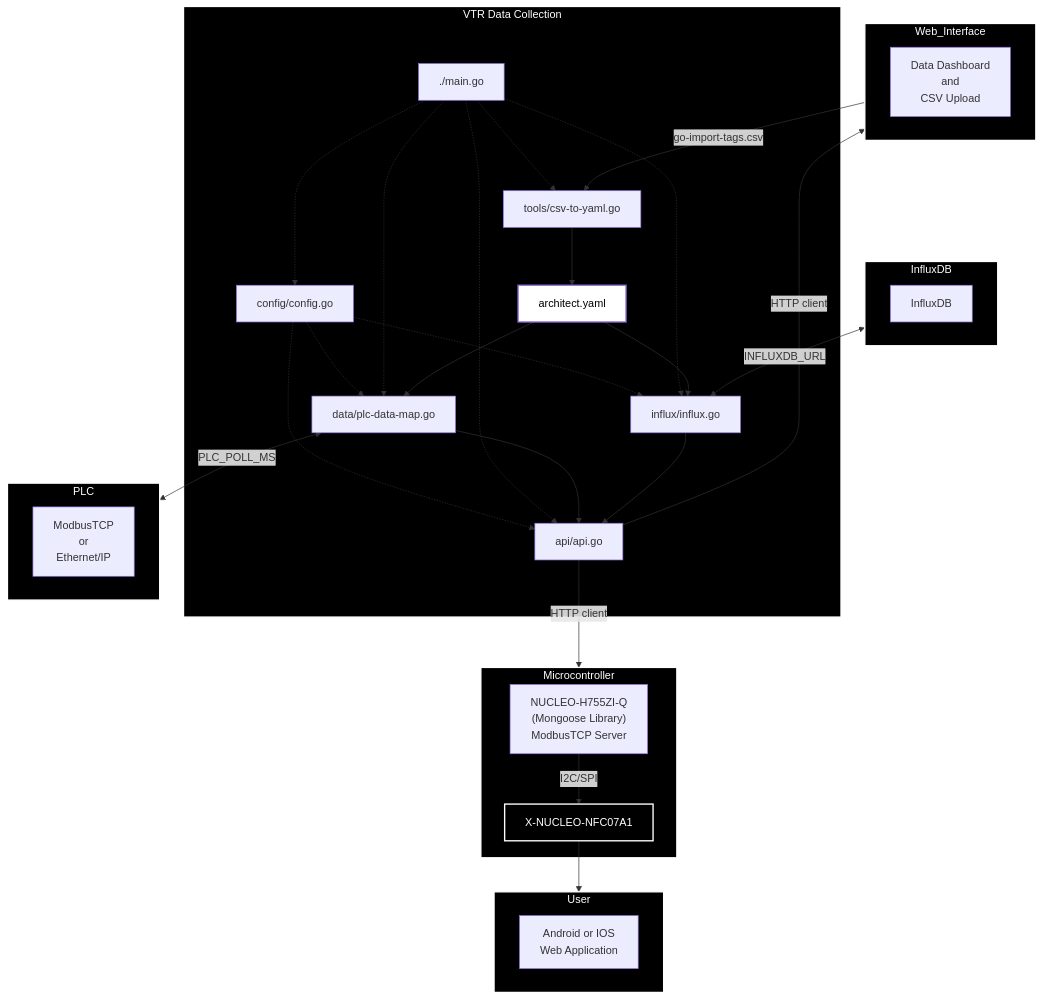
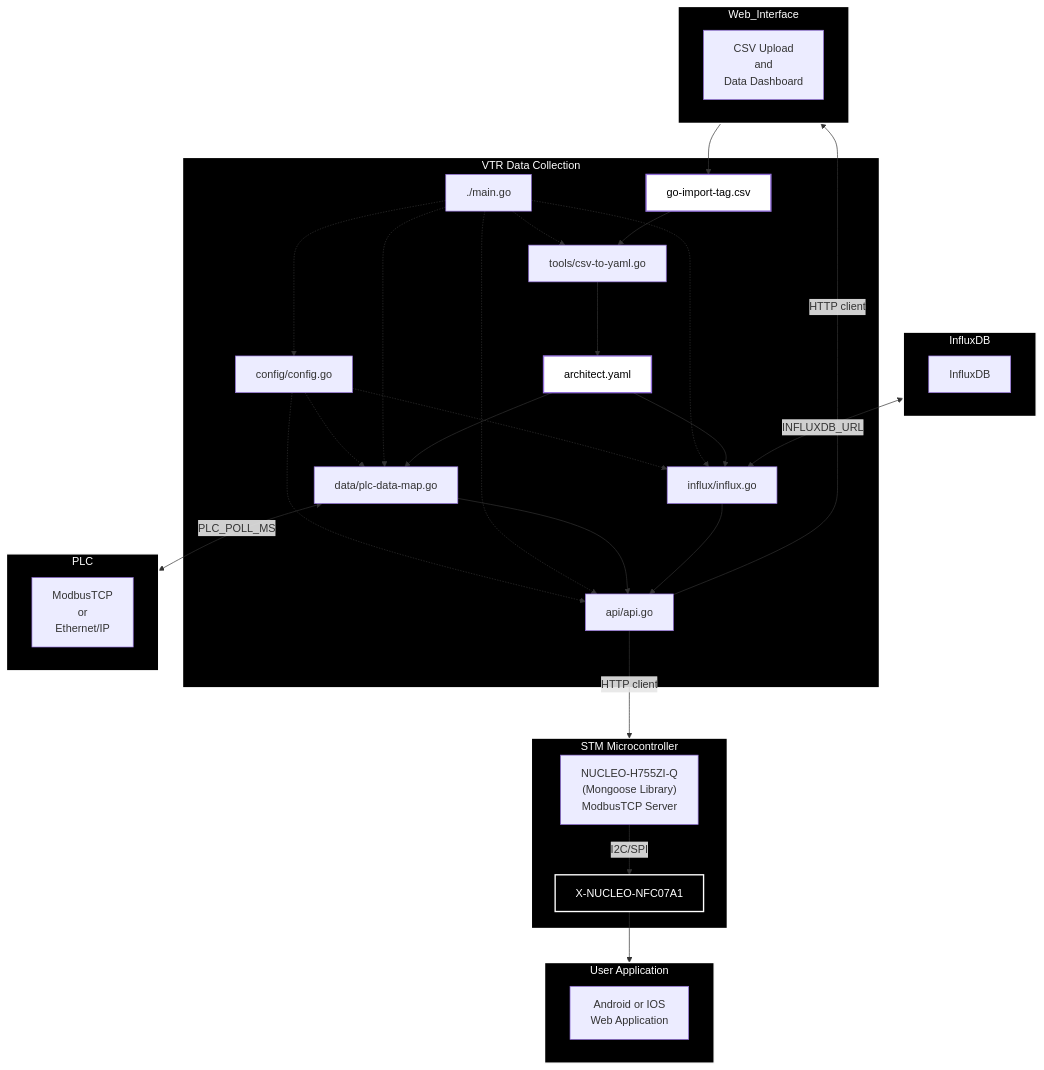
Before and after one commit to vtrgo/vtrgo-data-dashboard: the diagram in MERMAID.md, drawn with Mermaid.

````diff
--- a/MERMAID.md
+++ b/MERMAID.md
@@ -1,63 +1,66 @@
 ```mermaid
 flowchart TD
     subgraph Architect["VTR Data Collection"]
         main_go["./main.go"]
         api["api/api.go"]
         data["data/plc-data-map.go"]
         influx["influx/influx.go"]
         tools["tools/csv-to-yaml.go"]
         config["config/config.go"]
         architect_yaml["architect.yaml"]
+        go_import_tags_csv["go-import-tag.csv"]
     end
 
     subgraph PLC
         plc_conn["ModbusTCP <br> or <br> Ethernet/IP"]
     end
 
     subgraph InfluxDB
         influxdb["InfluxDB"]
     end
 
     subgraph Web_Interface
-        web_config["Data Dashboard <br> and <br> CSV Upload "]
+        web_config["CSV Upload <br> and <br> Data Dashboard"]
     end
 
-    subgraph Microcontroller
+    subgraph Microcontroller["STM Microcontroller"]
         microcontroller["NUCLEO-H755ZI-Q <br> (Mongoose Library) <br> ModbusTCP Server"]
         NFC["X-NUCLEO-NFC07A1"]
     end
 
-    subgraph User
+    subgraph User["User Application"]
         android["Android or IOS <br>Web Application"]
     end
 
     config -.-> influx
     config -.-> data
     config -.-> api
     main_go -.-> config
     main_go -.-> tools
     main_go -.-> influx
     main_go -.-> api
     main_go -.-> data
     data --> api
     data <-- "PLC_POLL_MS" --> PLC
     api -- "HTTP client" --> Microcontroller
     api -- "HTTP client" --> Web_Interface
     influx --> api
     tools --> architect_yaml
     architect_yaml --> data
     architect_yaml --> influx
     microcontroller -- "I2C/SPI" --> NFC
     InfluxDB <-- "INFLUXDB_URL" --> influx
     NFC --> User
-    Web_Interface -- "go-import-tags.csv" --> tools
+    Web_Interface --> go_import_tags_csv
+    go_import_tags_csv --> tools
 
     style Architect fill:#000,stroke:#fff,color:#fff,stroke-width:2px
     style PLC fill:#000,stroke:#fff,color:#fff,stroke-width:2px
     style Web_Interface fill:#000,stroke:#fff,color:#fff,stroke-width:2px
     style InfluxDB fill:#000,stroke:#fff,color:#fff,stroke-width:2px
     style Microcontroller fill:#000,stroke:#fff,color:#fff,stroke-width:2px
     style NFC fill:#000,stroke:#fff,color:#fff,stroke-width:2px
     style User fill:#000,stroke:#fff,color:#fff,stroke-width:2px
     style architect_yaml fill:#fff, color:#000,stroke-width:2px
+    style go_import_tags_csv fill:#fff, color:#000,stroke-width:2px
 ```
````
